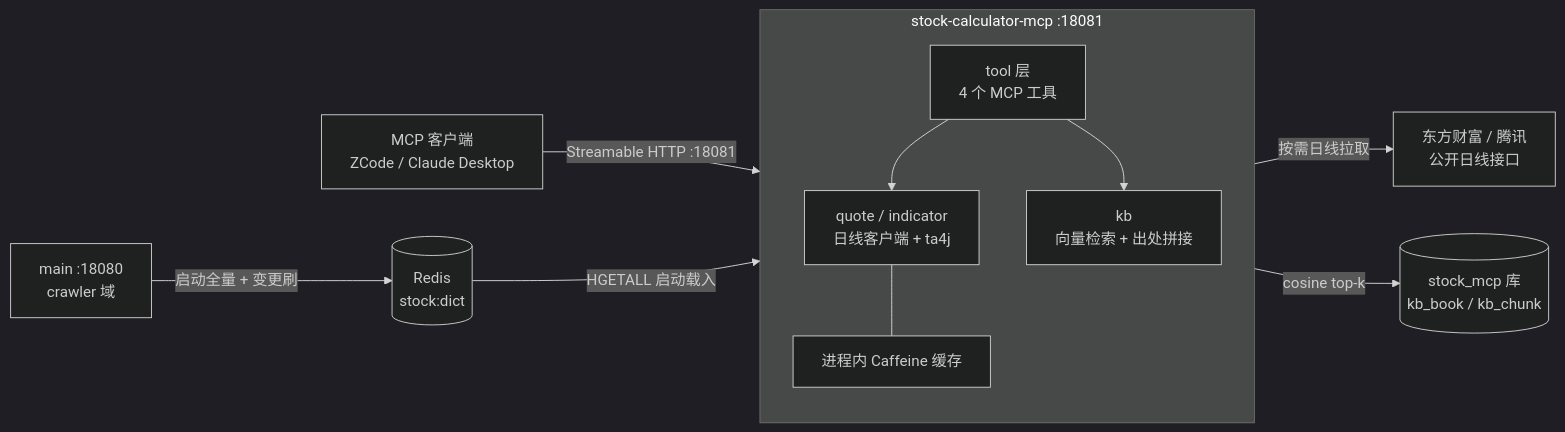
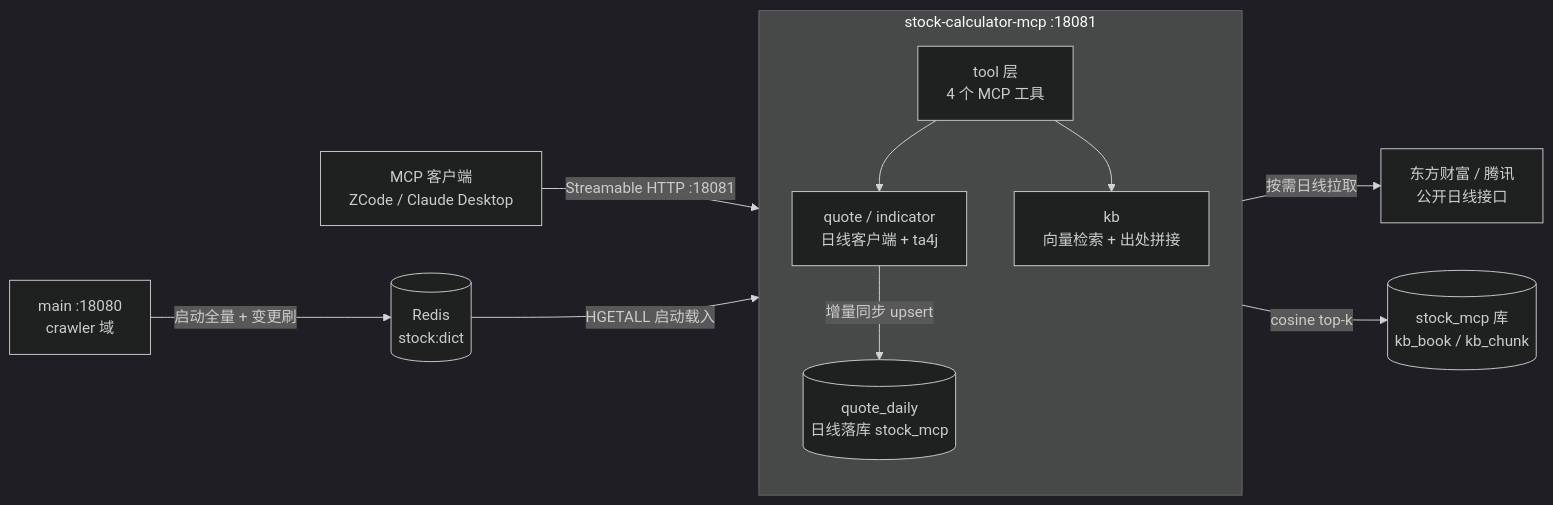
One commit to loveheng/stock-calculator-service changed the diagram in docs/mcp/design.md. Above: the diagram before and after it, drawn with Mermaid (dark theme). The commit also changed other lines of this file and 79 other files, not shown here.

````diff
--- a/docs/mcp/design.md
+++ b/docs/mcp/design.md
@@ -40,14 +40,14 @@
 ```mermaid
 flowchart LR
     C["MCP 客户端<br/>ZCode / Claude Desktop"] -->|"Streamable HTTP :18081"| M
     MAIN["main :18080<br/>crawler 域"] -->|"启动全量 + 变更刷"| R[("Redis<br/>stock:dict")]
     R -->|"HGETALL 启动载入"| M
     M -->|"按需日线拉取"| E["东方财富 / 腾讯<br/>公开日线接口"]
     M -->|"cosine top-k"| DB[("stock_mcp 库<br/>kb_book / kb_chunk")]
 
     subgraph M["stock-calculator-mcp :18081"]
         T["tool 层<br/>4 个 MCP 工具"] --> QI["quote / indicator<br/>日线客户端 + ta4j"]
         T --> KB["kb<br/>向量检索 + 出处拼接"]
-        QI --- CACHE["进程内 Caffeine 缓存"]
+        QI -->|"增量同步 upsert"| DBQ[("quote_daily<br/>日线落库 stock_mcp")]
     end
 ```
````
